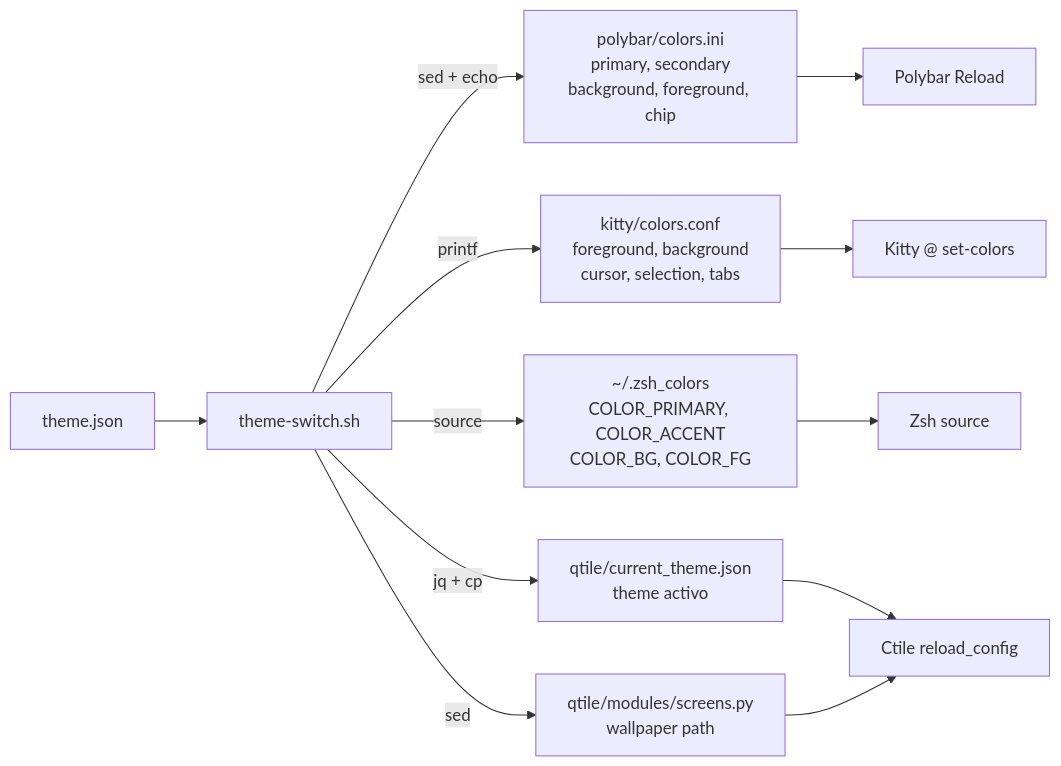
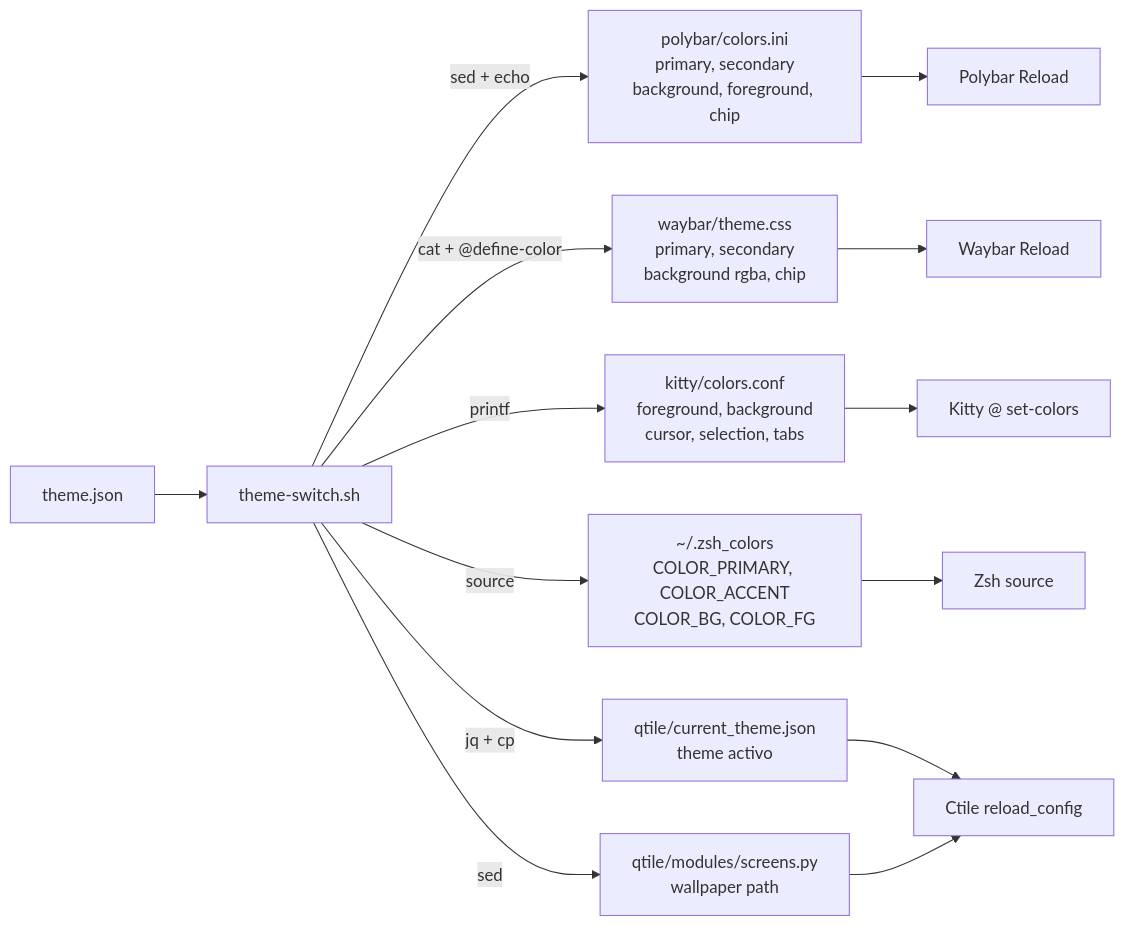
The second of 2 diagrams in docs/overview.md (D4rkDr4gon/dotfiles), drawn with Mermaid before and after one commit. The commit also changed other lines of this file and 41 other files, not shown here.

````diff
--- a/docs/overview.md
+++ b/docs/overview.md
@@ -109,16 +124,18 @@
 ```mermaid
 graph LR
     TJ[theme.json] --> TS[theme-switch.sh]
 
     TS -->|sed + echo| PC[polybar/colors.ini<br/>primary, secondary<br/>background, foreground, chip]
+    TS -->|cat + @define-color| WC[waybar/theme.css<br/>primary, secondary<br/>background rgba, chip]
     TS -->|printf| KC[kitty/colors.conf<br/>foreground, background<br/>cursor, selection, tabs]
     TS -->|source| ZC[~/.zsh_colors<br/>COLOR_PRIMARY, COLOR_ACCENT<br/>COLOR_BG, COLOR_FG]
     TS -->|jq + cp| QT[qtile/current_theme.json<br/>theme activo]
     TS -->|sed| SC[qtile/modules/screens.py<br/>wallpaper path]
 
     PC --> PR[Polybar Reload]
+    WC --> WR[Waybar Reload]
     KC --> KR[Kitty @ set-colors]
     ZC --> ZR[Zsh source]
     QT --> QR[Ctile reload_config]
     SC --> QR
 ```
````
